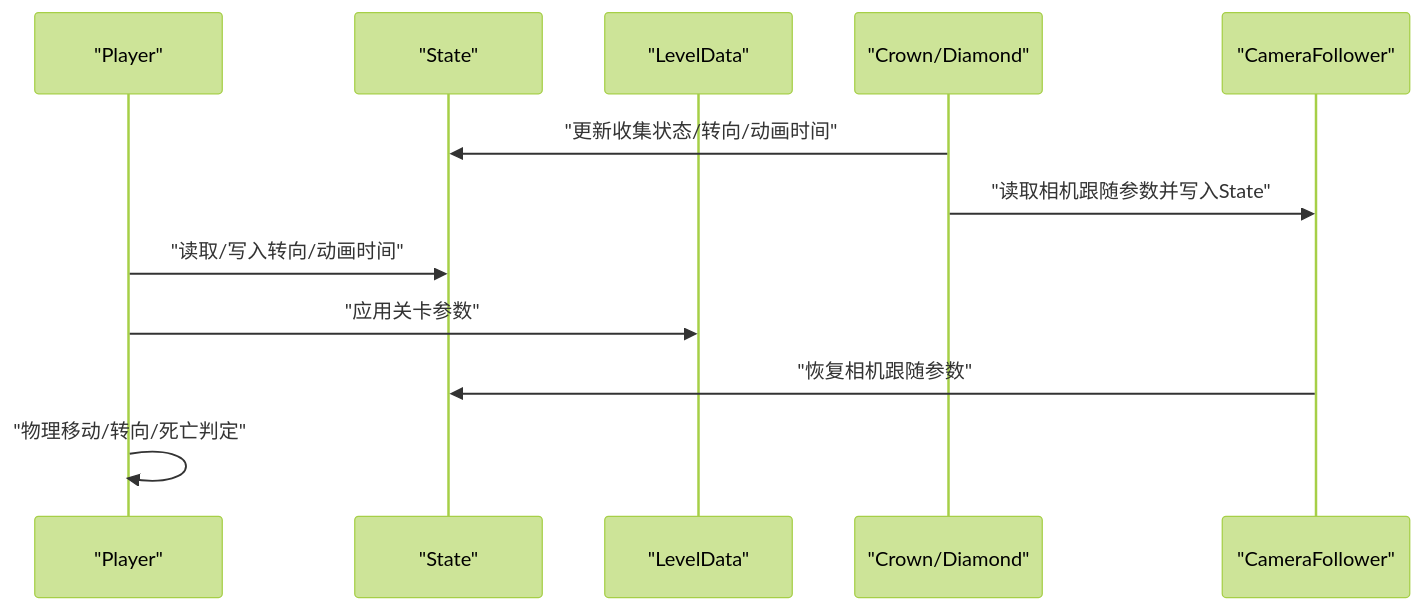
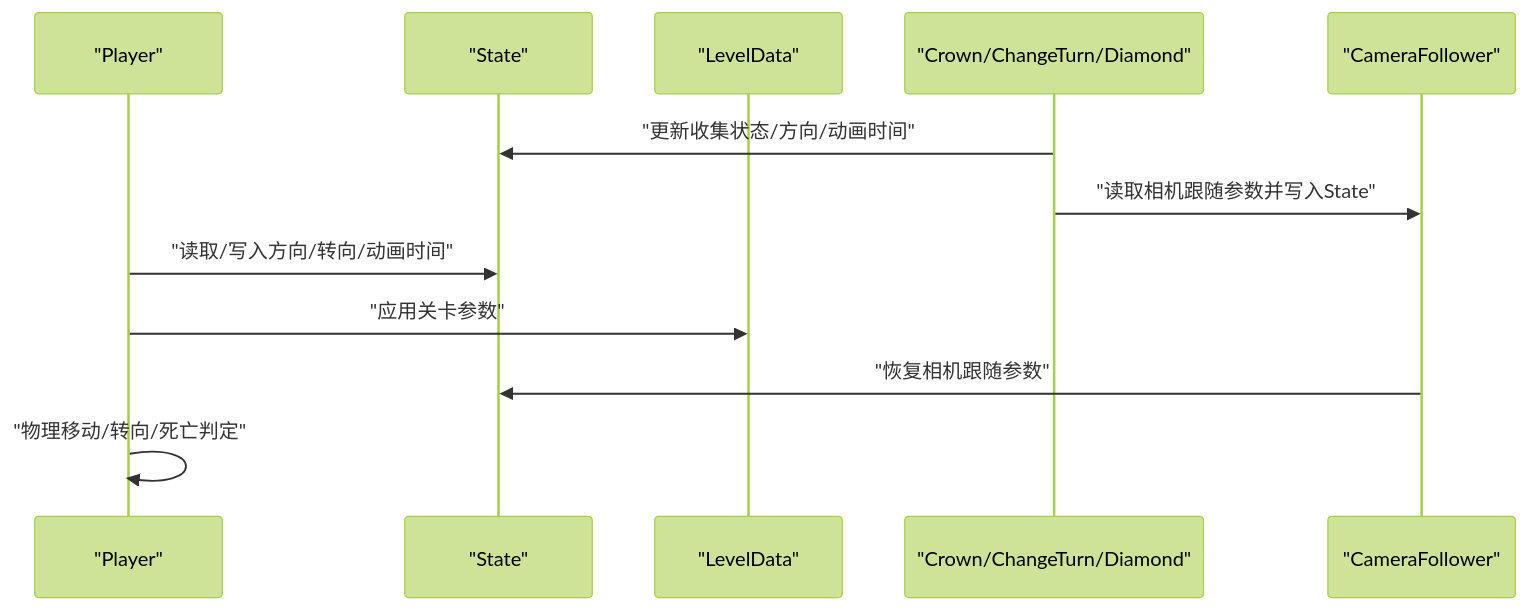
One commit to godotline/godot-line changed the second of 6 diagrams in .qoder/repowiki/zh/content/游戏系统/角色控制系统.md. Above: the diagram before and after it, drawn with Mermaid (forest theme). The commit also changed other lines of this file and 34 other files, not shown here.

````diff
--- a/.qoder/repowiki/zh/content/游戏系统/角色控制系统.md
+++ b/.qoder/repowiki/zh/content/游戏系统/角色控制系统.md
@@ -119,14 +127,14 @@
 ```mermaid
 sequenceDiagram
 participant Player as "Player"
 participant State as "State"
 participant LevelData as "LevelData"
-participant Trigger as "Crown/Diamond"
+participant Trigger as "Crown/ChangeTurn/Diamond"
 participant Cam as "CameraFollower"
-Trigger->>State : "更新收集状态/转向/动画时间"
+Trigger->>State : "更新收集状态/方向/动画时间"
 Trigger->>Cam : "读取相机跟随参数并写入State"
-Player->>State : "读取/写入转向/动画时间"
+Player->>State : "读取/写入方向/转向/动画时间"
 Player->>LevelData : "应用关卡参数"
 Cam->>State : "恢复相机跟随参数"
 Player->>Player : "物理移动/转向/死亡判定"
 ```
````
